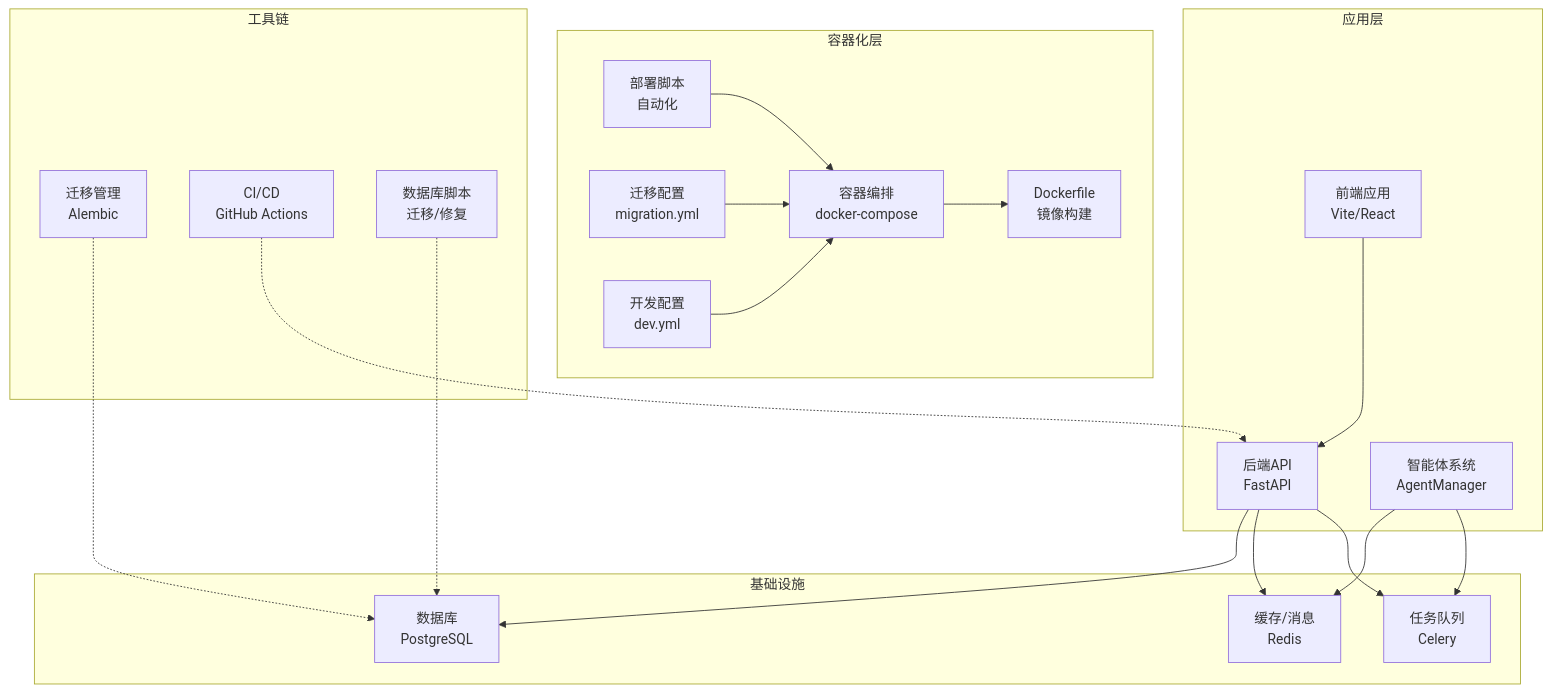
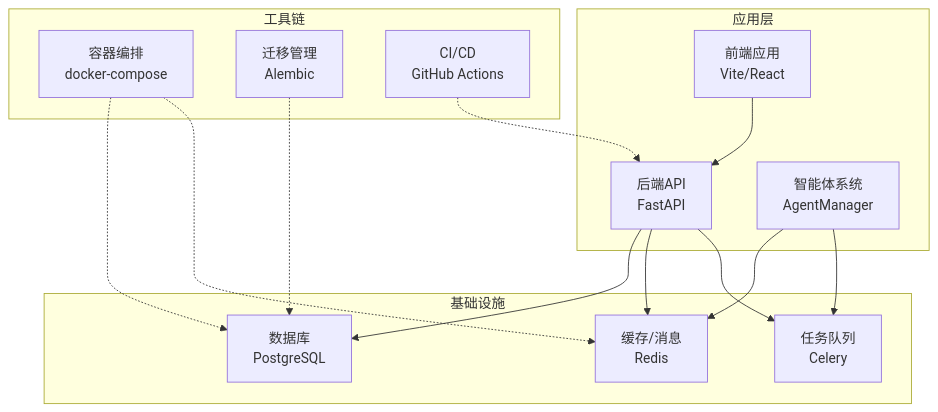
Before and after one commit to xfbyxq/ai-novel-system: the first of 5 diagrams in .qoder/repowiki/zh/content/部署与运维/部署与运维.md, drawn with Mermaid. The commit also changed other lines of this file and 38 other files, not shown here.

````diff
--- a/.qoder/repowiki/zh/content/部署与运维/部署与运维.md
+++ b/.qoder/repowiki/zh/content/部署与运维/部署与运维.md
@@ -68,38 +50,28 @@
 ```mermaid
 graph TB
 subgraph "应用层"
 FE["前端应用<br/>Vite/React"]
 BE["后端API<br/>FastAPI"]
 AG["智能体系统<br/>AgentManager"]
 end
 subgraph "基础设施"
 PG["数据库<br/>PostgreSQL"]
 RD["缓存/消息<br/>Redis"]
 CW["任务队列<br/>Celery"]
 end
-subgraph "容器化层"
+subgraph "工具链"
 DC["容器编排<br/>docker-compose"]
-DF["Dockerfile<br/>镜像构建"]
-DS["部署脚本<br/>自动化"]
-DM["迁移配置<br/>migration.yml"]
-DE["开发配置<br/>dev.yml"]
-end
-subgraph "工具链"
 AL["迁移管理<br/>Alembic"]
 GH["CI/CD<br/>GitHub Actions"]
-DB["数据库脚本<br/>迁移/修复"]
 end
 FE --> BE
 BE --> PG
 BE --> RD
 BE --> CW
 AG --> RD
 AG --> CW
-DC --> DF
-DS --> DC
-DM --> DC
-DE --> DC
+DC -.-> PG
+DC -.-> RD
 AL -.-> PG
-DB -.-> PG
 GH -.-> BE
 ```
````
